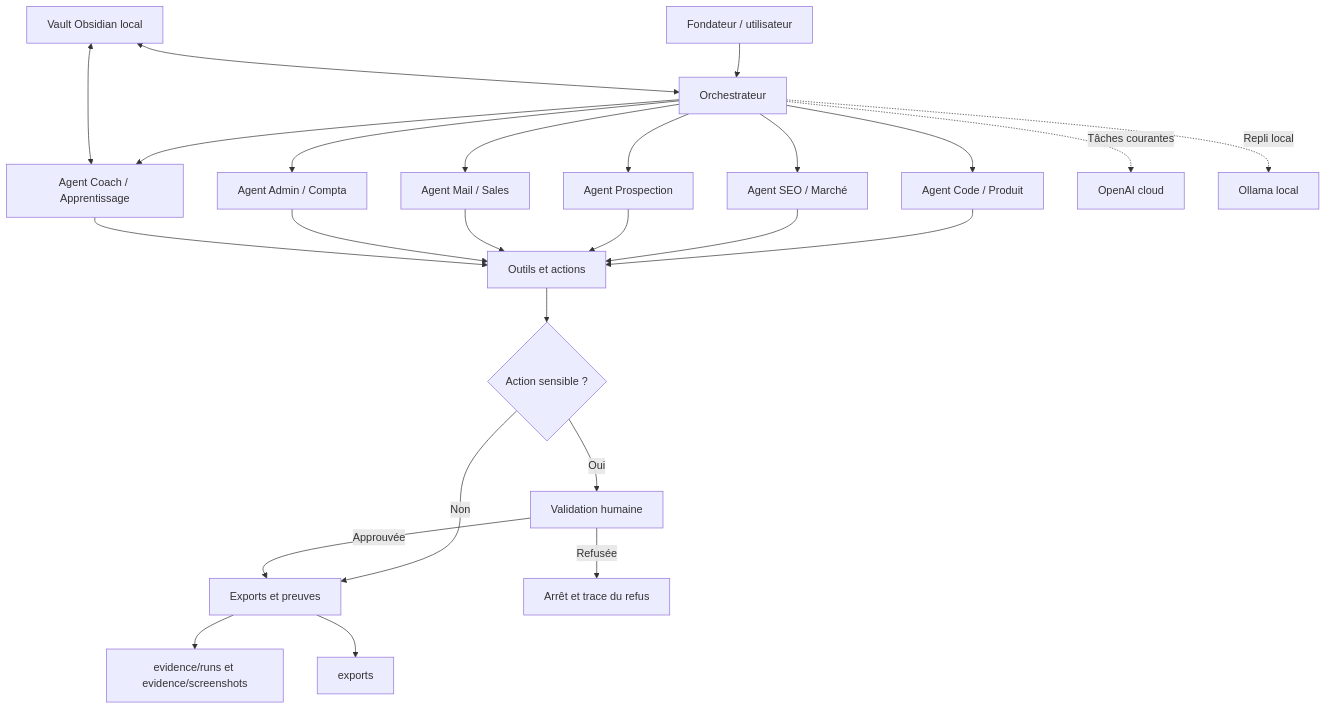
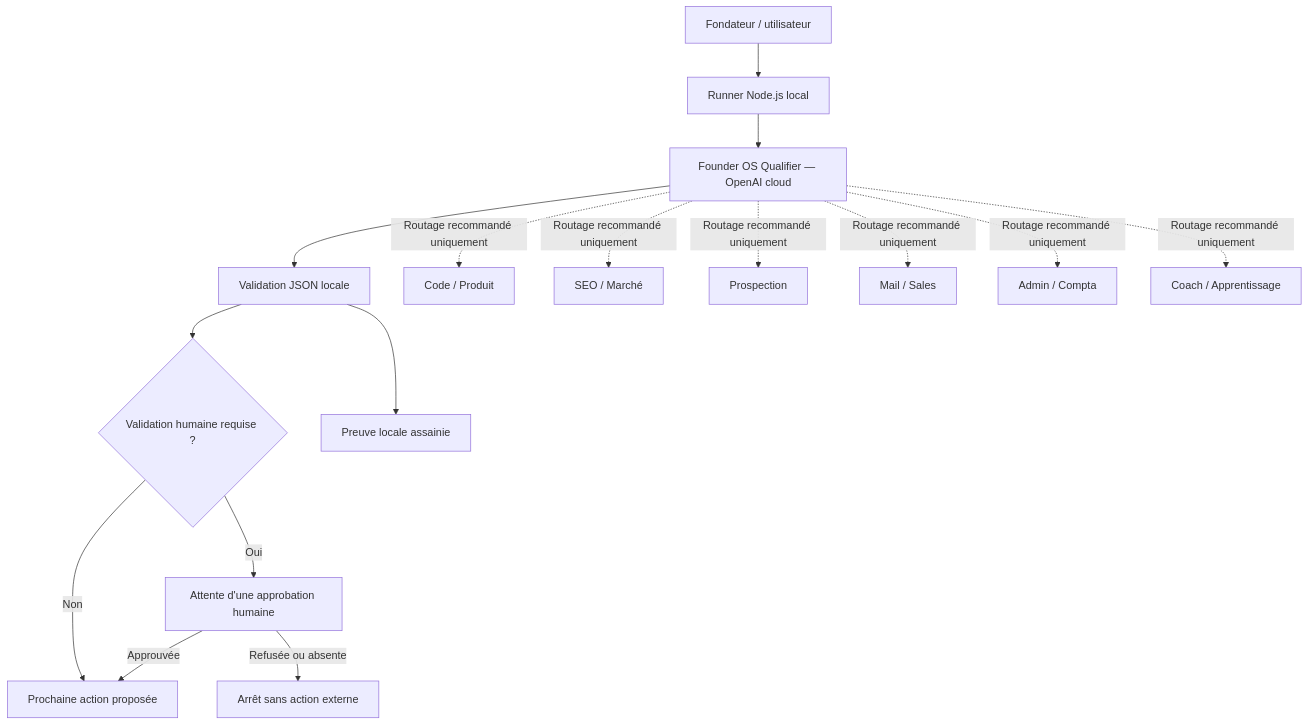
One commit to crousty24-bit/THP changed the diagram in ModulesAgentBuilder/founder-os-agent-builder/docs/architecture.md. Above: the diagram before and after it, drawn with Mermaid. The commit also changed other lines of this file and 13 other files, not shown here.

Commit message:
feat(founder-os): add cloud qualification agent

````diff
--- a/ModulesAgentBuilder/founder-os-agent-builder/docs/architecture.md
+++ b/ModulesAgentBuilder/founder-os-agent-builder/docs/architecture.md
@@ -5,31 +5,19 @@
 ```mermaid
 flowchart TD
-    U["Fondateur / utilisateur"] --> O["Orchestrateur"]
-    O --> CP["Agent Code / Produit"]
-    O --> SEO["Agent SEO / Marché"]
-    O --> P["Agent Prospection"]
-    O --> S["Agent Mail / Sales"]
-    O --> A["Agent Admin / Compta"]
-    O --> C["Agent Coach / Apprentissage"]
+    U["Fondateur / utilisateur"] --> R["Runner Node.js local"]
+    R --> O["Founder OS Qualifier — OpenAI cloud"]
+    O --> V["Validation JSON locale"]
+    V --> H{"Validation humaine requise ?"}
+    H -- "Non" --> N["Prochaine action proposée"]
+    H -- "Oui" --> A["Attente d'une approbation humaine"]
+    A -- "Approuvée" --> N
+    A -- "Refusée ou absente" --> X["Arrêt sans action externe"]
+    V --> E["Preuve locale assainie"]
 
-    CP --> T["Outils et actions"]
-    SEO --> T
-    P --> T
-    S --> T
-    A --> T
-    C --> T
-
-    T --> G{"Action sensible ?"}
-    G -- "Non" --> E["Exports et preuves"]
-    G -- "Oui" --> H["Validation humaine"]
-    H -- "Approuvée" --> E
-    H -- "Refusée" --> X["Arrêt et trace du refus"]
-
-    V["Vault Obsidian local"] <--> O
-    V <--> C
-    E --> R["evidence/runs et evidence/screenshots"]
-    E --> EX["exports"]
-
-    O -. "Tâches courantes" .-> AI["OpenAI cloud"]
-    O -. "Repli local" .-> OL["Ollama local"]
+    O -. "Routage recommandé uniquement" .-> CP["Code / Produit"]
+    O -. "Routage recommandé uniquement" .-> SEO["SEO / Marché"]
+    O -. "Routage recommandé uniquement" .-> P["Prospection"]
+    O -. "Routage recommandé uniquement" .-> S["Mail / Sales"]
+    O -. "Routage recommandé uniquement" .-> AC["Admin / Compta"]
+    O -. "Routage recommandé uniquement" .-> C["Coach / Apprentissage"]
 ```
````
